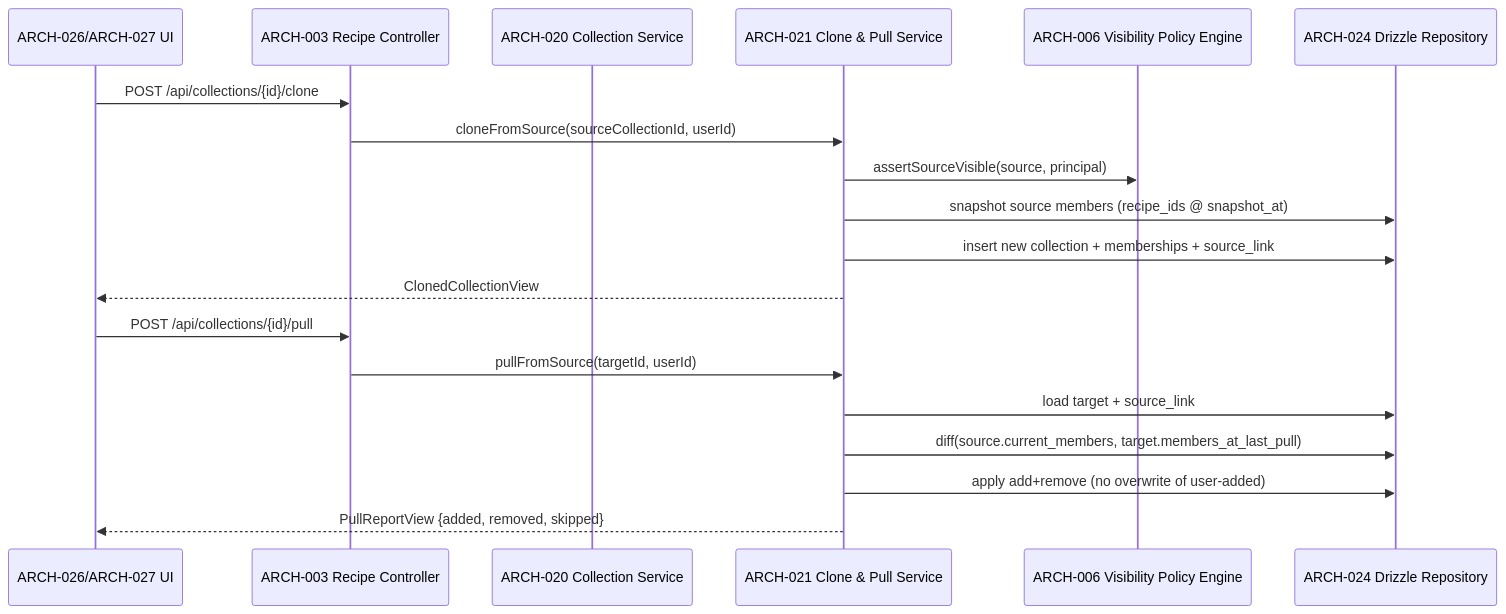
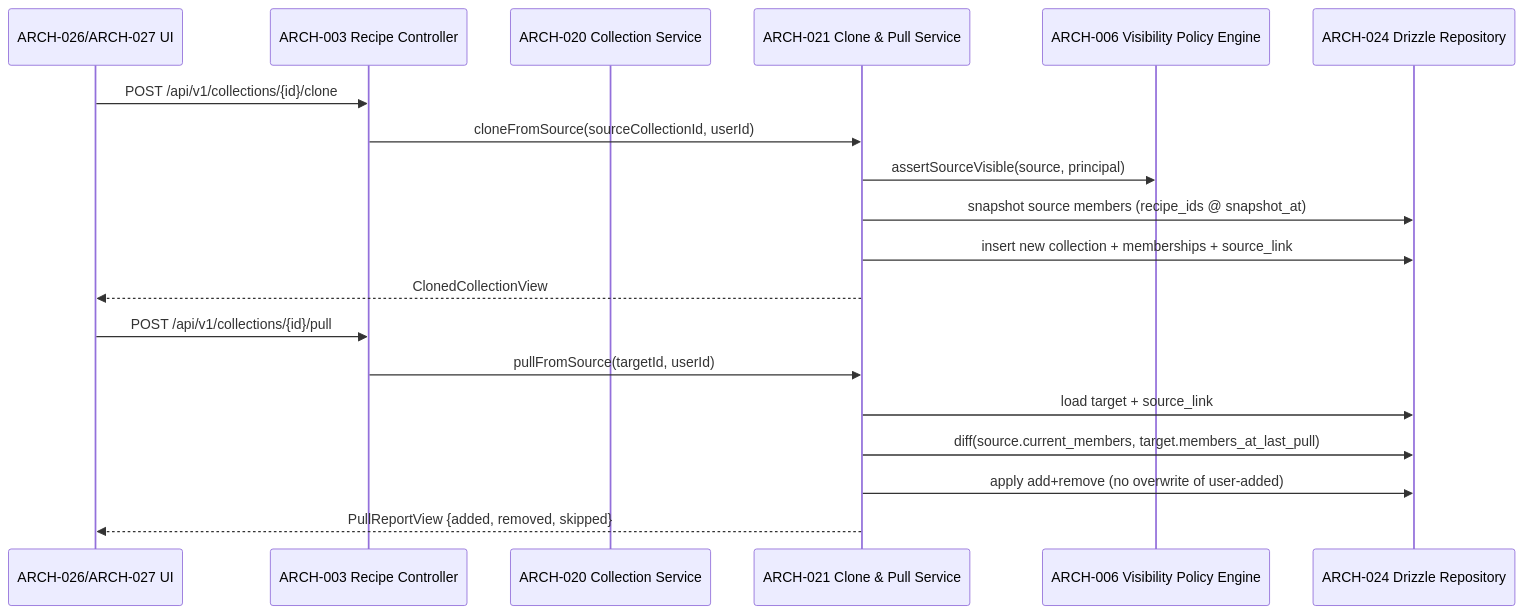
Before and after one commit to the-sous-chef/KitchenSink: the fourth of 5 diagrams in specs/001-sous-chef-recipe-app/v-model/architecture-design.md, drawn with Mermaid. The commit also changed other lines of this file and 49 other files, not shown here.

````diff
--- a/specs/001-sous-chef-recipe-app/v-model/architecture-design.md
+++ b/specs/001-sous-chef-recipe-app/v-model/architecture-design.md
@@ -225,23 +225,23 @@
 ```mermaid
 sequenceDiagram
     participant UI as ARCH-026/ARCH-027 UI
     participant CTRL as ARCH-003 Recipe Controller
     participant COL as ARCH-020 Collection Service
     participant CLONE as ARCH-021 Clone & Pull Service
     participant POL as ARCH-006 Visibility Policy Engine
     participant REPO as ARCH-024 Drizzle Repository
 
-    UI->>CTRL: POST /api/collections/{id}/clone
+    UI->>CTRL: POST /api/v1/collections/{id}/clone
     CTRL->>CLONE: cloneFromSource(sourceCollectionId, userId)
     CLONE->>POL: assertSourceVisible(source, principal)
     CLONE->>REPO: snapshot source members (recipe_ids @ snapshot_at)
     CLONE->>REPO: insert new collection + memberships + source_link
     CLONE-->>UI: ClonedCollectionView
 
-    UI->>CTRL: POST /api/collections/{id}/pull
+    UI->>CTRL: POST /api/v1/collections/{id}/pull
     CTRL->>CLONE: pullFromSource(targetId, userId)
     CLONE->>REPO: load target + source_link
     CLONE->>REPO: diff(source.current_members, target.members_at_last_pull)
     CLONE->>REPO: apply add+remove (no overwrite of user-added)
     CLONE-->>UI: PullReportView {added, removed, skipped}
 ```
````
